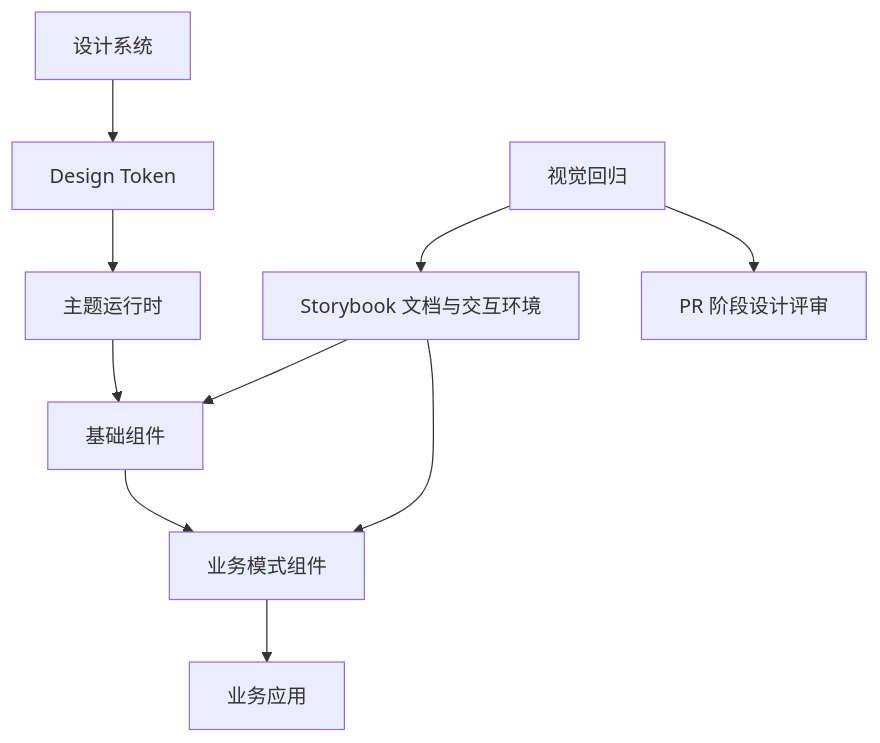
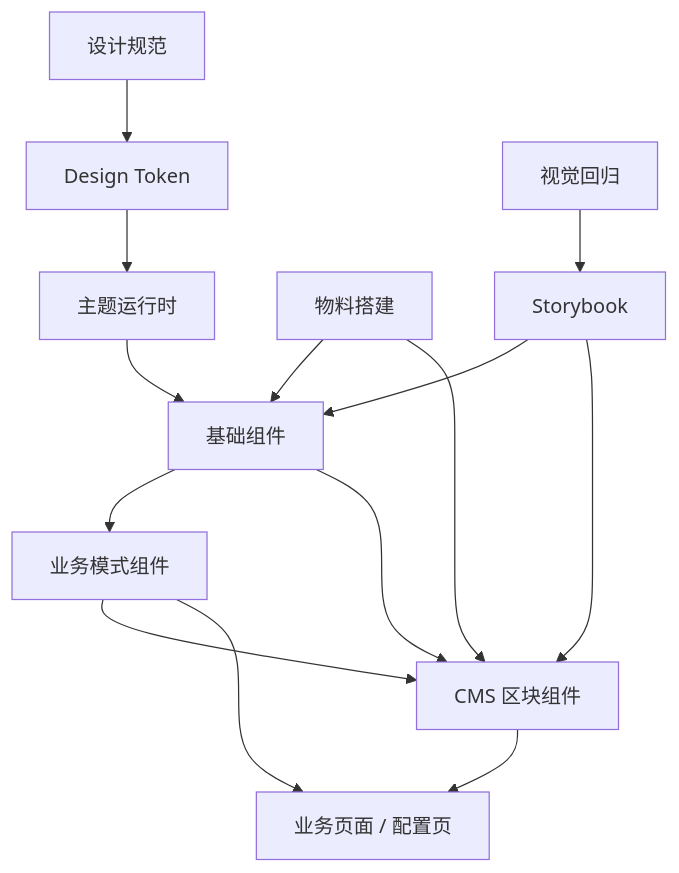
One commit to Lee-NG915/cBlog changed the first of 6 diagrams in content/posts/technical/2026/design-system-cdd-practice/index.md. Above: the diagram before and after it, drawn with Mermaid. The commit also changed other lines of this file and 1 other file, not shown here.

Commit message:
refactor: enhance design system post with detailed insights on component library architecture, visual regression strategies, and multi-market feature management for improved clarity and depth

````diff
--- a/content/posts/technical/2026/design-system-cdd-practice/index.md
+++ b/content/posts/technical/2026/design-system-cdd-practice/index.md
@@ -58,12 +51,16 @@
 ```mermaid
 flowchart TB
-  Design["设计系统"] --> Token["Design Token"]
+  Design["设计规范"] --> Token["Design Token"]
   Token --> Theme["主题运行时"]
   Theme --> Primitive["基础组件"]
   Primitive --> Pattern["业务模式组件"]
-  Pattern --> App["业务应用"]
-  Storybook["Storybook 文档与交互环境"] --> Primitive
-  Storybook --> Pattern
-  Regression["视觉回归"] --> Storybook
-  Regression --> Review["PR 阶段设计评审"]
+  Pattern --> CMSBlock["CMS 区块组件"]
+  Primitive --> CMSBlock
+  CMSBlock --> Page["业务页面 / 配置页"]
+  Pattern --> Page
+  Material["物料搭建"] --> Primitive
+  Material --> CMSBlock
+  Storybook["Storybook"] --> Primitive
+  Storybook --> CMSBlock
+  Chromatic["视觉回归"] --> Storybook
 ```
````
